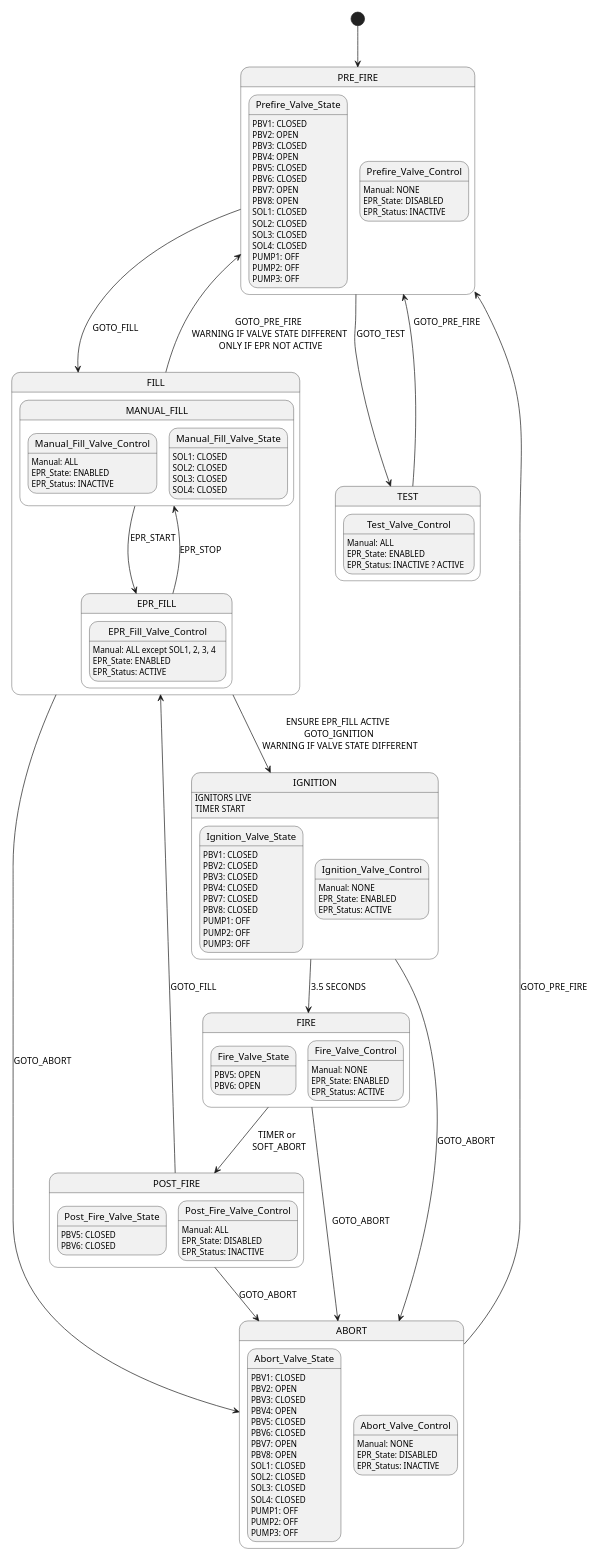
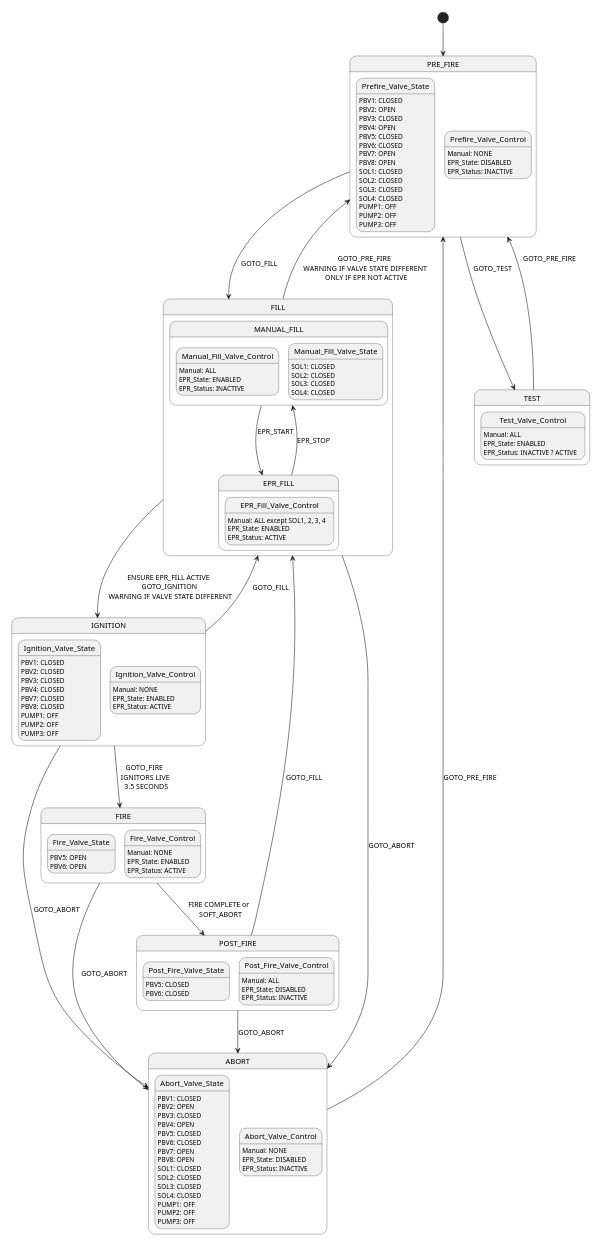
The diagram in stateMachine.plantuml (Bio-Rocket/LabJack), drawn with PlantUML before and after one commit.

Commit message:
updates to ignition and fire states

```diff
--- a/stateMachine.plantuml
+++ b/stateMachine.plantuml
@@ -1,135 +1,133 @@
 @startuml stateMachine
 scale 500 width
 [*] --> PRE_FIRE
 PRE_FIRE --> FILL : GOTO_FILL \n
 PRE_FIRE --> TEST : GOTO_TEST
 FILL --> IGNITION : ENSURE EPR_FILL ACTIVE \n GOTO_IGNITION \n WARNING IF VALVE STATE DIFFERENT
 FILL --> ABORT : GOTO_ABORT
 FILL --> PRE_FIRE : GOTO_PRE_FIRE \n WARNING IF VALVE STATE DIFFERENT \n ONLY IF EPR NOT ACTIVE
-IGNITION --> FIRE : 3.5 SECONDS
+IGNITION --> FIRE : GOTO_FIRE \n IGNITORS LIVE \n 3.5 SECONDS
 IGNITION --> ABORT : GOTO_ABORT
+IGNITION --> FILL : GOTO_FILL
 FIRE --> ABORT : GOTO_ABORT
-FIRE --> POST_FIRE : TIMER or \n SOFT_ABORT
+FIRE --> POST_FIRE : FIRE COMPLETE or \n SOFT_ABORT
 POST_FIRE --> FILL : GOTO_FILL
 POST_FIRE --> ABORT : GOTO_ABORT
 ABORT --> PRE_FIRE : GOTO_PRE_FIRE
 TEST --> PRE_FIRE : GOTO_PRE_FIRE \n\n
  
 state PRE_FIRE {
   state Prefire_Valve_State: PBV1: CLOSED
   state Prefire_Valve_State: PBV2: OPEN
   state Prefire_Valve_State: PBV3: CLOSED
   state Prefire_Valve_State: PBV4: OPEN
   state Prefire_Valve_State: PBV5: CLOSED
   state Prefire_Valve_State: PBV6: CLOSED
   state Prefire_Valve_State: PBV7: OPEN
   state Prefire_Valve_State: PBV8: OPEN
   state Prefire_Valve_State: SOL1: CLOSED
   state Prefire_Valve_State: SOL2: CLOSED
   state Prefire_Valve_State: SOL3: CLOSED
   state Prefire_Valve_State: SOL4: CLOSED
   state Prefire_Valve_State: PUMP1: OFF
   state Prefire_Valve_State: PUMP2: OFF
   state Prefire_Valve_State: PUMP3: OFF
  
   state Prefire_Valve_Control
   state Prefire_Valve_Control: Manual: NONE
   state Prefire_Valve_Control: EPR_State: DISABLED
   state Prefire_Valve_Control: EPR_Status: INACTIVE
 }
  
 state FILL {
   state MANUAL_FILL {
     state Manual_Fill_Valve_Control
     state Manual_Fill_Valve_Control: Manual: ALL
     state Manual_Fill_Valve_Control: EPR_State: ENABLED
     state Manual_Fill_Valve_Control: EPR_Status: INACTIVE
 
     state Manual_Fill_Valve_State: SOL1: CLOSED
     state Manual_Fill_Valve_State: SOL2: CLOSED
     state Manual_Fill_Valve_State: SOL3: CLOSED
     state Manual_Fill_Valve_State: SOL4: CLOSED
   }
  
   MANUAL_FILL ---> EPR_FILL : EPR_START \n\n
  
   state EPR_FILL {
     state EPR_Fill_Valve_Control
     state EPR_Fill_Valve_Control: Manual: ALL except SOL1, 2, 3, 4
     state EPR_Fill_Valve_Control: EPR_State: ENABLED
     state EPR_Fill_Valve_Control: EPR_Status: ACTIVE
   }
  
   EPR_FILL ---> MANUAL_FILL : EPR_STOP
 }
  
 state IGNITION {
-  IGNITION : IGNITORS LIVE
-  IGNITION : TIMER START
-
   state Ignition_Valve_State: PBV1: CLOSED
   state Ignition_Valve_State: PBV2: CLOSED
   state Ignition_Valve_State: PBV3: CLOSED
   state Ignition_Valve_State: PBV4: CLOSED
   state Ignition_Valve_State: PBV7: CLOSED
   state Ignition_Valve_State: PBV8: CLOSED
   state Ignition_Valve_State: PUMP1: OFF
   state Ignition_Valve_State: PUMP2: OFF
   state Ignition_Valve_State: PUMP3: OFF
 
   state Ignition_Valve_Control
   state Ignition_Valve_Control: Manual: NONE
   state Ignition_Valve_Control: EPR_State: ENABLED
   state Ignition_Valve_Control: EPR_Status: ACTIVE
 }
  
 state FIRE {
   state Fire_Valve_State: PBV5: OPEN
   state Fire_Valve_State: PBV6: OPEN
 
   state Fire_Valve_Control
   state Fire_Valve_Control: Manual: NONE
   state Fire_Valve_Control: EPR_State: ENABLED
   state Fire_Valve_Control: EPR_Status: ACTIVE
 }
 
 state POST_FIRE {
   state Post_Fire_Valve_State: PBV5: CLOSED
   state Post_Fire_Valve_State: PBV6: CLOSED
 
   state Post_Fire_Valve_Control
   state Post_Fire_Valve_Control: Manual: ALL
   state Post_Fire_Valve_Control: EPR_State: DISABLED
   state Post_Fire_Valve_Control: EPR_Status: INACTIVE
 } 
  
 state ABORT {
   state Abort_Valve_State: PBV1: CLOSED
   state Abort_Valve_State: PBV2: OPEN
   state Abort_Valve_State: PBV3: CLOSED
   state Abort_Valve_State: PBV4: OPEN
   state Abort_Valve_State: PBV5: CLOSED
   state Abort_Valve_State: PBV6: CLOSED
   state Abort_Valve_State: PBV7: OPEN
   state Abort_Valve_State: PBV8: OPEN
   state Abort_Valve_State: SOL1: CLOSED
   state Abort_Valve_State: SOL2: CLOSED
   state Abort_Valve_State: SOL3: CLOSED
   state Abort_Valve_State: SOL4: CLOSED
   state Abort_Valve_State: PUMP1: OFF
   state Abort_Valve_State: PUMP2: OFF
   state Abort_Valve_State: PUMP3: OFF
  
   state Abort_Valve_Control
   state Abort_Valve_Control: Manual: NONE
   state Abort_Valve_Control: EPR_State: DISABLED
   state Abort_Valve_Control: EPR_Status: INACTIVE
 }
  
 state TEST {
   state Test_Valve_Control
   state Test_Valve_Control: Manual: ALL
   state Test_Valve_Control: EPR_State: ENABLED
   state Test_Valve_Control: EPR_Status: INACTIVE ? ACTIVE
 }
 @enduml
```
